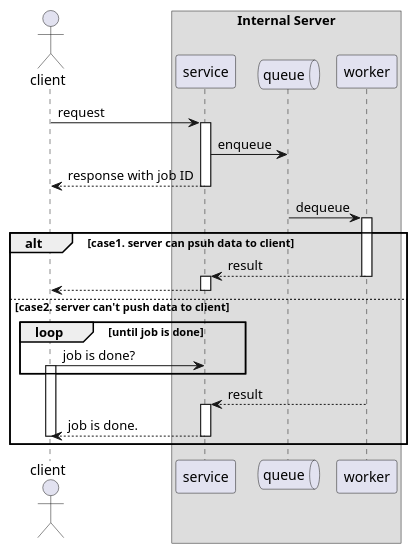
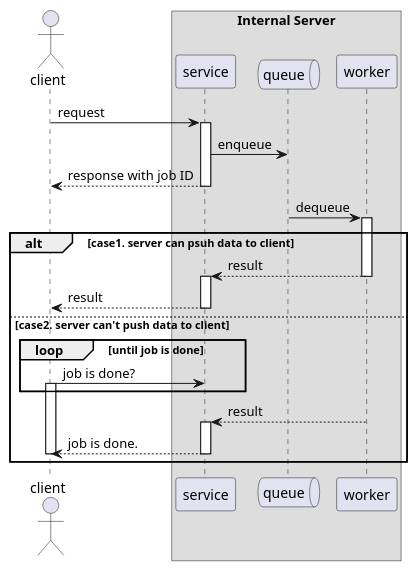
Before and after one commit to meteormin/meteormin.github.io: the third of 3 diagrams in Daliynote/2023-11-29.md, drawn with PlantUML. The commit also changed 1 other file, not shown here.

Commit message:
vault backup: 2023-11-29 23:41:56

````diff
--- a/Daliynote/2023-11-29.md
+++ b/Daliynote/2023-11-29.md
@@ -45,38 +45,38 @@
 ```plantuml
 @startuml
 actor       client 
 box "Internal Server"
 participant service
 queue       queue
 participant worker
 end box
 
 client -> service : request
 activate service
 service -> queue : enqueue
 service --> client : response with job ID
 deactivate service
 queue -> worker : dequeue
 activate worker
 
 alt case1. server can psuh data to client
 worker --> service : result
 deactivate worker
 activate service
-service --> client
+service --> client : result
 deactivate service
 else case2. server can't push data to client
 
 loop until job is done
 client -> service : job is done?
 activate client
 end
 worker --> service : result
 deactivate worker
 activate service
 service --> client : job is done.
 deactivate client
 deactivate service
 end
 @enduml
 ```
````
